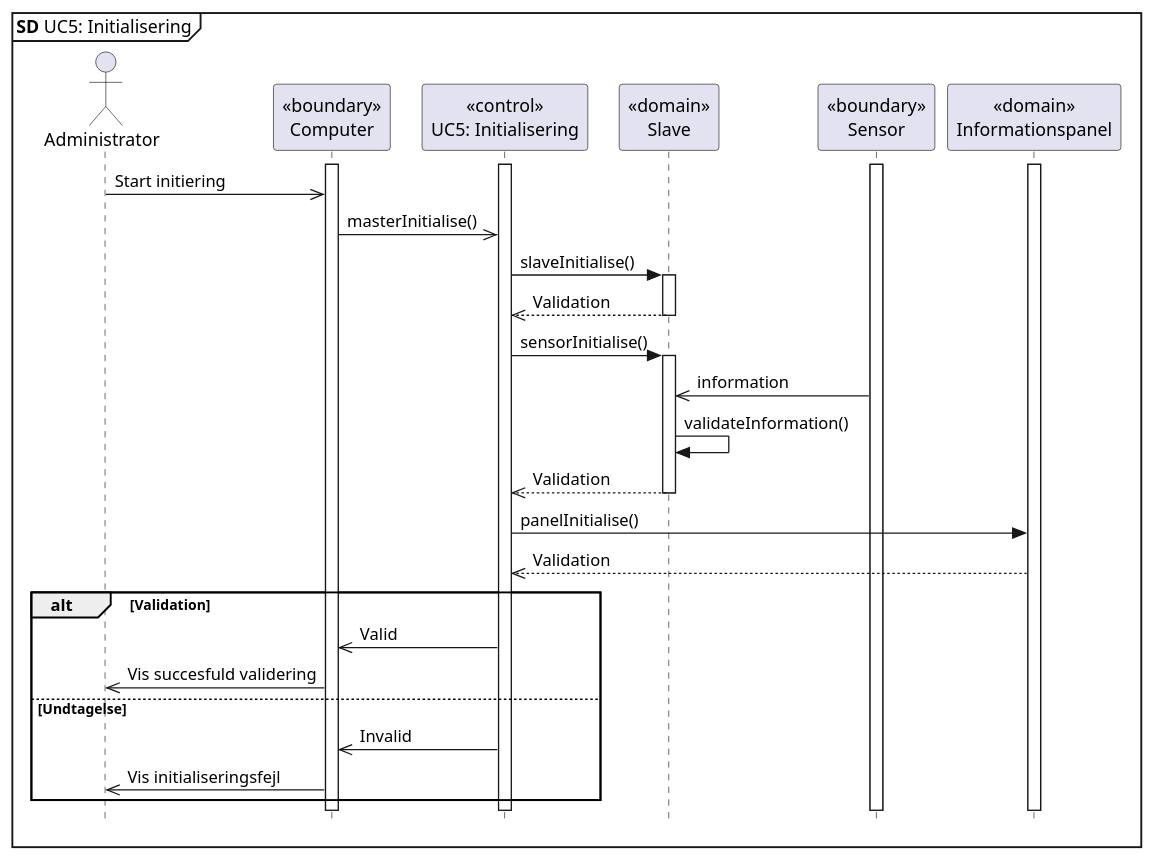
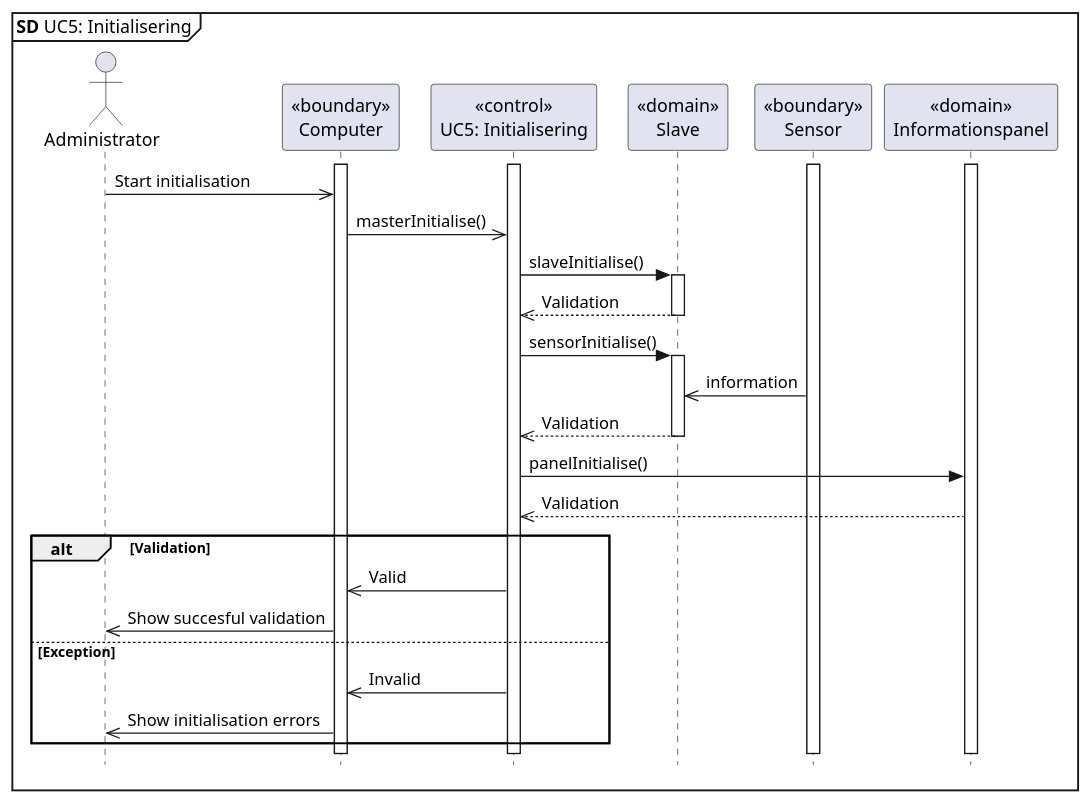
The diagram in SysML/Software Arkitektur-Design/UC5 AM/UC5 SD.puml (Tukkel/Projekt_2), drawn with PlantUML before and after one commit.

Commit message:
rettede sekvensdiagrammet

```diff
--- a/SysML/Software Arkitektur-Design/UC5 AM/UC5 SD.puml
+++ b/SysML/Software Arkitektur-Design/UC5 AM/UC5 SD.puml
@@ -1,38 +1,37 @@
 @startuml UC5 SD
 skinparam style strictuml
 
 mainframe **SD** UC5: Initialisering
 
 actor       Administrator      as admin
 participant "<<boundary>>\nComputer" as PC
 participant "<<control>>\nUC5: Initialisering" as master
 participant "<<domain>>\nSlave" as slave
 participant "<<boundary>>\nSensor" as sensor
 participant "<<domain>>\nInformationspanel" as panel
 
 activate master
 activate PC
 activate sensor
 activate panel
-admin ->> PC : Start initiering
+admin ->> PC : Start initialisation
 PC ->> master : masterInitialise()
 master -> slave : slaveInitialise()
 activate slave
 master <<-- slave : Validation
 deactivate slave
 master -> slave : sensorInitialise()
 activate slave
 slave <<- sensor : information
-slave -> slave : validateInformation()
 master <<-- slave : Validation
 deactivate slave
 master -> panel : panelInitialise()
 master <<-- panel : Validation
 alt Validation
 PC <<- master : Valid
-admin <<- PC : Vis succesfuld validering
-else Undtagelse
+admin <<- PC : Show succesful validation
+else Exception
 PC <<- master : Invalid
-admin <<- PC : Vis initialiseringsfejl
+admin <<- PC : Show initialisation errors
 end
 @enduml
```
